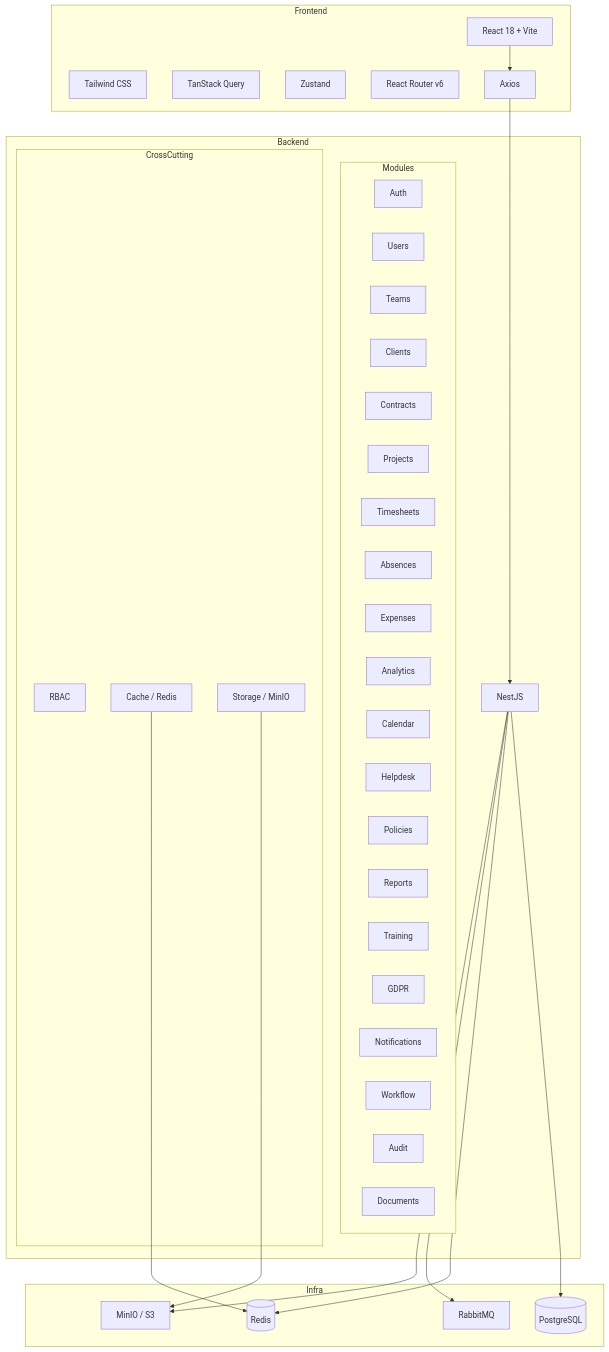
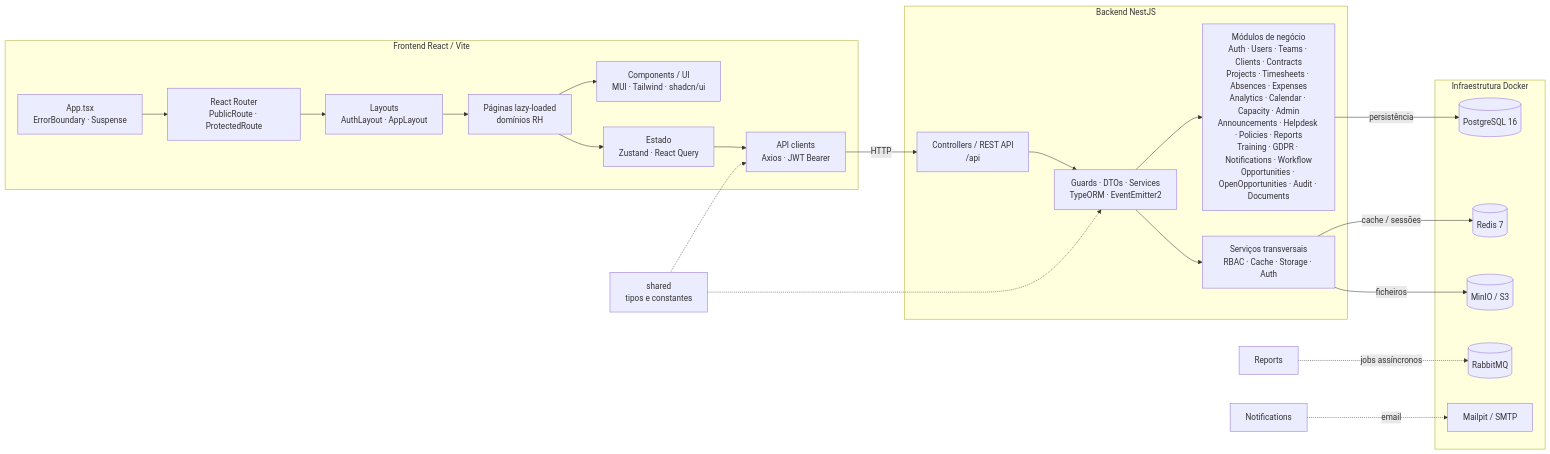
The first of 3 diagrams in docs/ARCHITECTURE.md (barbaraoliveira2308/rh), drawn with Mermaid before and after one commit. The commit also changed other lines of this file and 12 other files, not shown here.

Commit message:
feat: add shared MUI data grid foundation

````diff
--- a/docs/ARCHITECTURE.md
+++ b/docs/ARCHITECTURE.md
@@ -5,58 +13,44 @@
 ```mermaid
-graph TB
-    subgraph Frontend
-        REACT[React 18 + Vite]
-        TAILWIND[Tailwind CSS]
-        TANSTACK[TanStack Query]
-        ZUSTAND[Zustand]
-        ROUTER[React Router v6]
-        AXIOS[Axios]
+flowchart LR
+    subgraph FE[Frontend React / Vite]
+        APP[App.tsx<br/>ErrorBoundary · Suspense]
+        ROUTES[React Router<br/>PublicRoute · ProtectedRoute]
+        LAYOUTS[Layouts<br/>AuthLayout · AppLayout]
+        PAGES[Páginas lazy-loaded<br/>domínios RH]
+        UI[Components / UI<br/>MUI · Tailwind · shadcn/ui]
+        STATE[Estado<br/>Zustand · React Query]
+        API[API clients<br/>Axios · JWT Bearer]
+        APP --> ROUTES --> LAYOUTS --> PAGES
+        PAGES --> UI
+        PAGES --> STATE
+        STATE --> API
     end
 
-    subgraph Backend
-        NESTJS[NestJS]
-        subgraph Modules
-            AUTH[Auth]
-            USERS[Users]
-            TEAMS[Teams]
-            CLIENTS[Clients]
-            CONTRACTS[Contracts]
-            PROJECTS[Projects]
-            TIMESHEETS[Timesheets]
-            ABSENCES[Absences]
-            EXPENSES[Expenses]
-            ANALYTICS[Analytics]
-            CALENDAR[Calendar]
-            HELPDESK[Helpdesk]
-            POLICIES[Policies]
-            REPORTS[Reports]
-            TRAINING[Training]
-            GDPR[GDPR]
-            NOTIFICATIONS[Notifications]
-            WORKFLOW[Workflow]
-            AUDIT[Audit]
-            DOCUMENTS[Documents]
-        end
-        subgraph CrossCutting
-            RBAC[RBAC]
-            CACHE[Cache / Redis]
-            STORAGE[Storage / MinIO]
-        end
+    SHARED[shared<br/>tipos e constantes]
+
+    subgraph BE[Backend NestJS]
+        HTTP[Controllers / REST API<br/>/api]
+        CORE[Guards · DTOs · Services<br/>TypeORM · EventEmitter2]
+        MODULES[Módulos de negócio<br/>Auth · Users · Teams · Clients · Contracts<br/>Projects · Timesheets · Absences · Expenses<br/>Analytics · Calendar · Capacity · Admin<br/>Announcements · Helpdesk · Policies · Reports<br/>Training · GDPR · Notifications · Workflow<br/>Opportunities · OpenOpportunities · Audit · Documents]
+        CROSS[Serviços transversais<br/>RBAC · Cache · Storage · Auth]
+        HTTP --> CORE --> MODULES
+        CORE --> CROSS
     end
 
-    subgraph Infra
-        PG[(PostgreSQL)]
-        REDIS[(Redis)]
-        RABBIT[RabbitMQ]
-        MINIO[MinIO / S3]
+    subgraph INFRA[Infraestrutura Docker]
+        PG[(PostgreSQL 16)]
+        REDIS[(Redis 7)]
+        RABBIT[(RabbitMQ)]
+        MINIO[(MinIO / S3)]
+        SMTP[Mailpit / SMTP]
     end
 
-    REACT --> AXIOS
-    AXIOS --> NESTJS
-    NESTJS --> PG
-    NESTJS --> REDIS
-    NESTJS --> RABBIT
-    NESTJS --> MINIO
-    CACHE --> REDIS
-    STORAGE --> MINIO
+    API -->|HTTP| HTTP
+    SHARED -.-> API
+    SHARED -.-> CORE
+    MODULES -->|persistência| PG
+    CROSS -->|cache / sessões| REDIS
+    CROSS -->|ficheiros| MINIO
+    REPORTS[Reports] -.->|jobs assíncronos| RABBIT
+    NOTIFY[Notifications] -.->|email| SMTP
 ```
````
